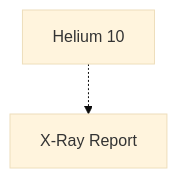
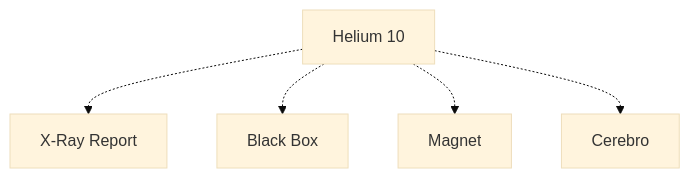
Before and after one commit to engradeelnayyar/engradeelnayyar: the third of 4 diagrams in amazonvirtualassistant.md, drawn with Mermaid (base theme). The commit also changed other lines of this file, not shown here.

````diff
--- a/amazonvirtualassistant.md
+++ b/amazonvirtualassistant.md
@@ -77,7 +74,10 @@
 ```mermaid
 
 flowchart TD
 
-D[Helium 10]-.->M[X-Ray Report]
+A[Helium 10]-.->B[X-Ray Report]
+A[Helium 10]-.->C[Black Box]
+A[Helium 10]-.->D[Magnet]
+A[Helium 10]-.->E[Cerebro]
 
 ```
````
